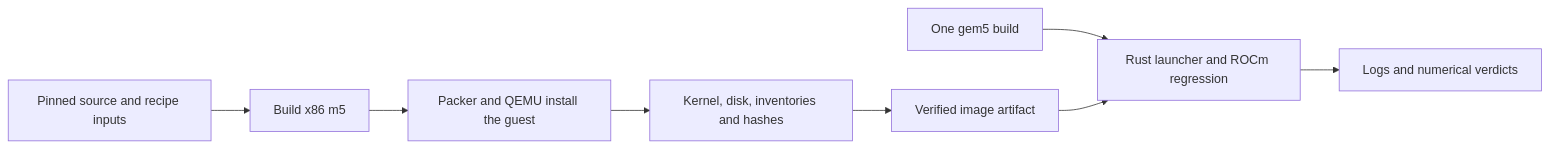
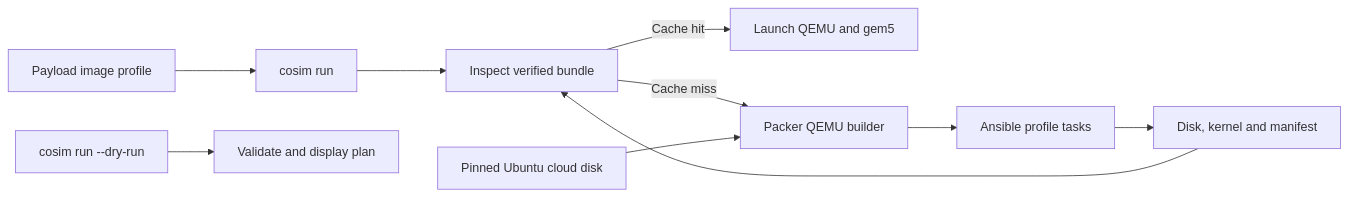
One commit to chengchen512/cosim-gpu changed the diagram in docs/en/rocm-image.md. Above: the diagram before and after it, drawn with Mermaid. The commit also changed other lines of this file and 98 other files, not shown here.

First line of the commit message:
feat: add reusable guest image profiles

````diff
--- a/docs/en/rocm-image.md
+++ b/docs/en/rocm-image.md
@@ -15,10 +14,12 @@
 ```mermaid
 flowchart LR
-    S[Pinned source and recipe inputs] --> M[Build x86 m5]
-    M --> I[Packer and QEMU install the guest]
-    I --> A[Kernel, disk, inventories and hashes]
-    A --> C[Verified image artifact]
-    G[One gem5 build] --> R[Rust launcher and ROCm regression]
-    C --> R
-    R --> V[Logs and numerical verdicts]
+    Y[Payload image profile] --> C[cosim run]
+    C --> V[Inspect verified bundle]
+    V -->|Cache hit| Q[Launch QEMU and gem5]
+    V -->|Cache miss| P[Packer QEMU builder]
+    B[Pinned Ubuntu cloud disk] --> P
+    P --> A[Ansible profile tasks]
+    A --> O[Disk, kernel and manifest]
+    O --> V
+    D[cosim run --dry-run] --> R[Validate and display plan]
 ```
````
